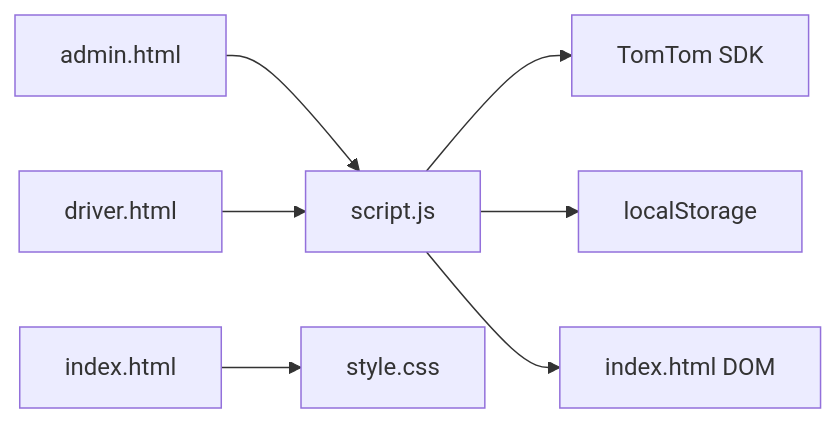
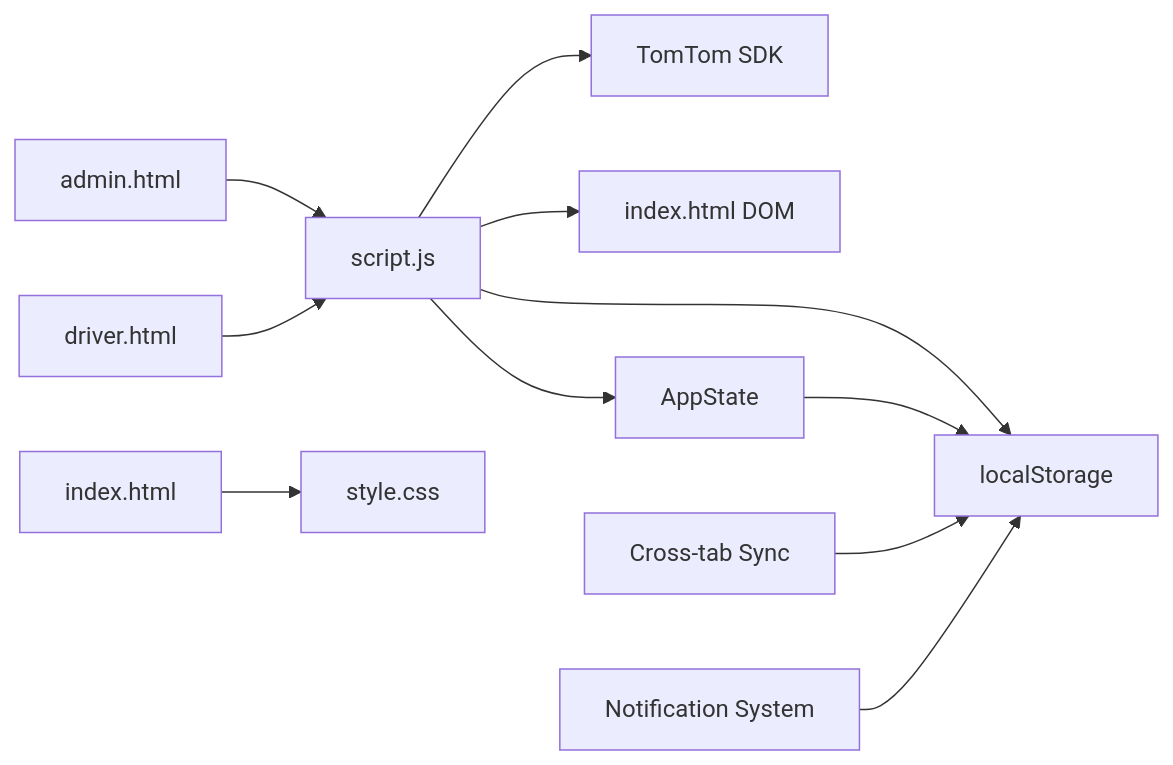
Before and after one commit to Rehanpatel3858/BusTrack-Pro: the fifth of 5 diagrams in .qoder/repowiki/en/content/Fleet Management Features.md, drawn with Mermaid. The commit also changed other lines of this file and 7 other files, not shown here.

````diff
--- a/.qoder/repowiki/en/content/Fleet Management Features.md
+++ b/.qoder/repowiki/en/content/Fleet Management Features.md
@@ -358,9 +629,13 @@
 ```mermaid
 graph LR
 JS["script.js"] --> TT["TomTom SDK"]
 JS --> LS["localStorage"]
 JS --> DOM["index.html DOM"]
+JS --> AS["AppState"]
+AS --> LS
 IDX["index.html"] --> CSS["style.css"]
 ADM["admin.html"] --> JS
 DRV["driver.html"] --> JS
+CT["Cross-tab Sync"] --> LS
+NS["Notification System"] --> LS
 ```
````
